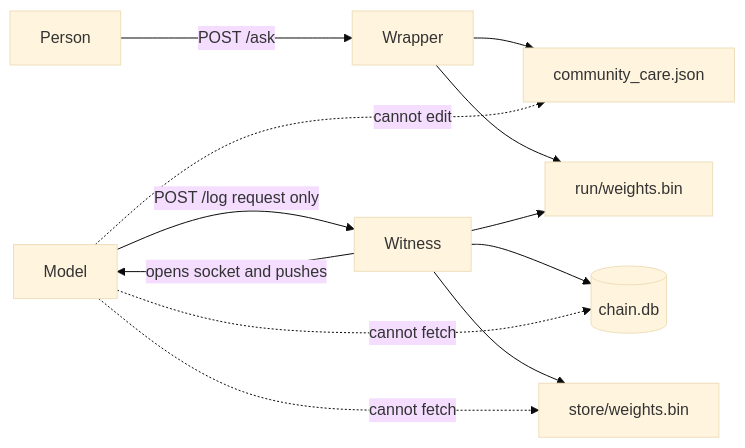
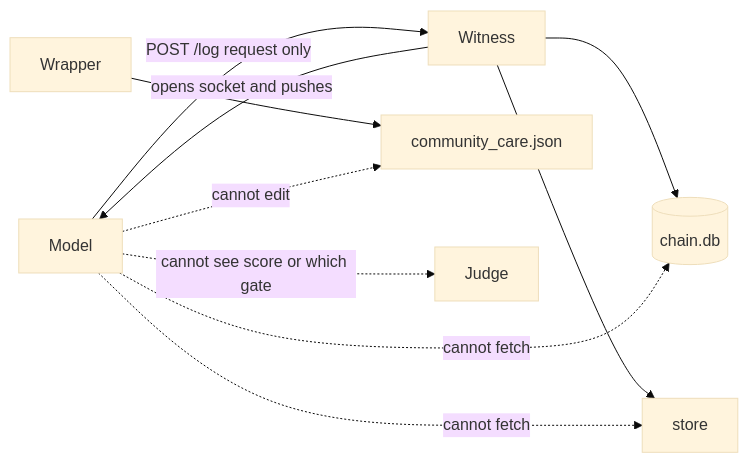
Before and after one commit to RogerWillko/witness-ledger: the second of 2 diagrams in README.md, drawn with Mermaid (base theme). The commit also changed other lines of this file, not shown here.

First line of the commit message:
Show the judge trigger and the reply path back to the user

````diff
--- a/README.md
+++ b/README.md
@@ -60,14 +83,12 @@
 ```mermaid
 flowchart LR
-  Person -->|POST /ask| Wrapper
   Model -->|POST /log request only| Witness
   Witness -->|opens socket and pushes| Model
   Wrapper --> Care[community_care.json]
-  Wrapper --> Live[run/weights.bin]
   Witness --> Chain[(chain.db)]
-  Witness --> Store[store/weights.bin]
-  Witness --> Live
+  Witness --> Store[store]
   Model -.->|cannot fetch| Chain
   Model -.->|cannot fetch| Store
+  Model -.->|cannot see score or which gate| Judge
   Model -.->|cannot edit| Care
 ```
````
